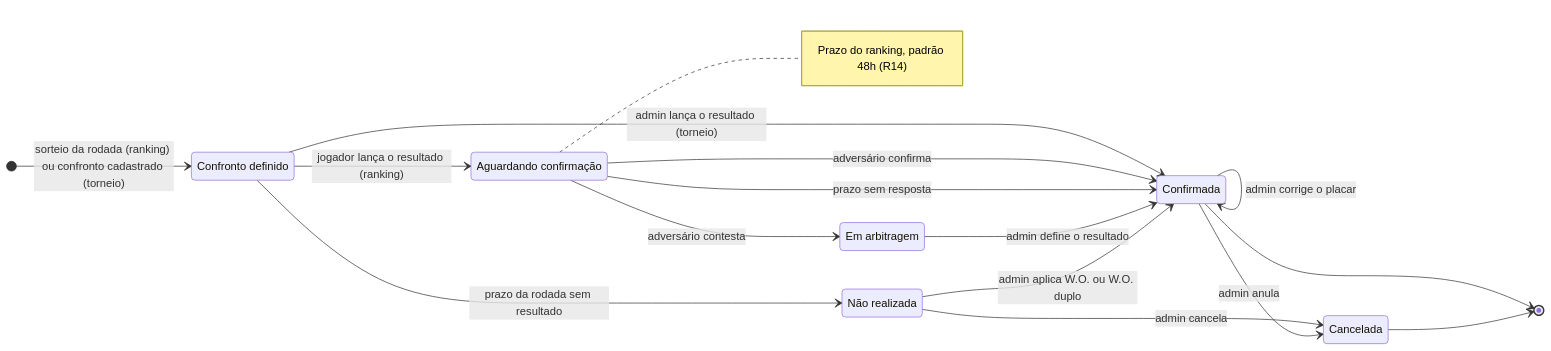
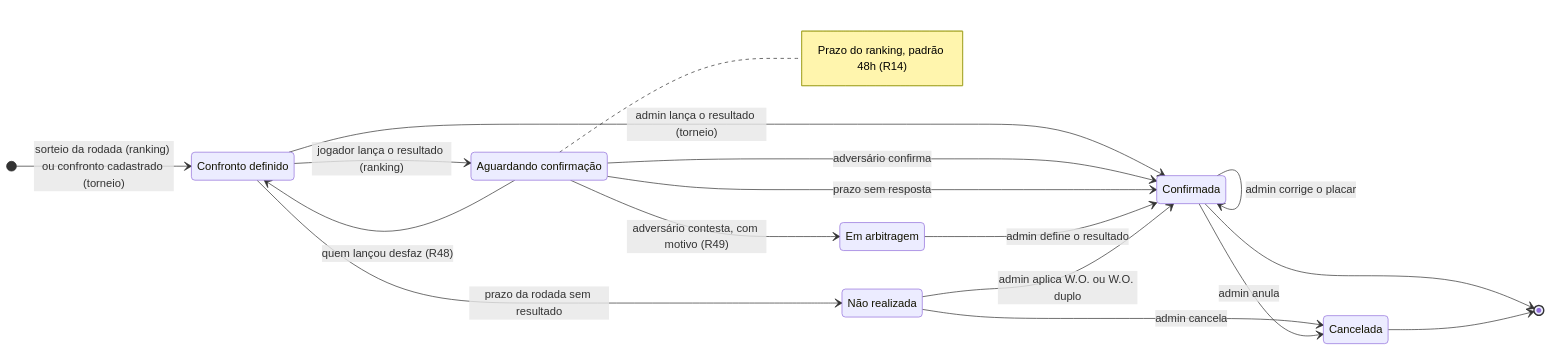
One commit to gabriel-vilano/btapp changed the second of 3 diagrams in docs/DOMAIN.md. Above: the diagram before and after it, drawn with Mermaid. The commit also changed other lines of this file and 18 other files, not shown here.

First line of the commit message:
feat: desfazer o lançamento, motivo da contestação e W.O. de quem lança

````diff
--- a/docs/DOMAIN.md
+++ b/docs/DOMAIN.md
@@ -361,29 +373,30 @@
 ```mermaid
 stateDiagram-v2
     direction LR
     state "Confronto definido" as Definida
     state "Aguardando confirmação" as Aguardando
     state "Em arbitragem" as Arbitragem
     state "Não realizada" as NaoRealizada
     state "Confirmada" as Confirmada
     state "Cancelada" as Cancelada
 
     [*] --> Definida: sorteio da rodada (ranking) ou confronto cadastrado (torneio)
     Definida --> Aguardando: jogador lança o resultado (ranking)
     Definida --> Confirmada: admin lança o resultado (torneio)
     Definida --> NaoRealizada: prazo da rodada sem resultado
     Aguardando --> Confirmada: adversário confirma
     Aguardando --> Confirmada: prazo sem resposta
-    Aguardando --> Arbitragem: adversário contesta
+    Aguardando --> Arbitragem: adversário contesta, com motivo (R49)
+    Aguardando --> Definida: quem lançou desfaz (R48)
     Arbitragem --> Confirmada: admin define o resultado
     NaoRealizada --> Confirmada: admin aplica W.O. ou W.O. duplo
     NaoRealizada --> Cancelada: admin cancela
     Confirmada --> Confirmada: admin corrige o placar
     Confirmada --> Cancelada: admin anula
     Confirmada --> [*]
     Cancelada --> [*]
 
     note right of Aguardando
         Prazo do ranking, padrão 48h (R14)
     end note
 ```
````
